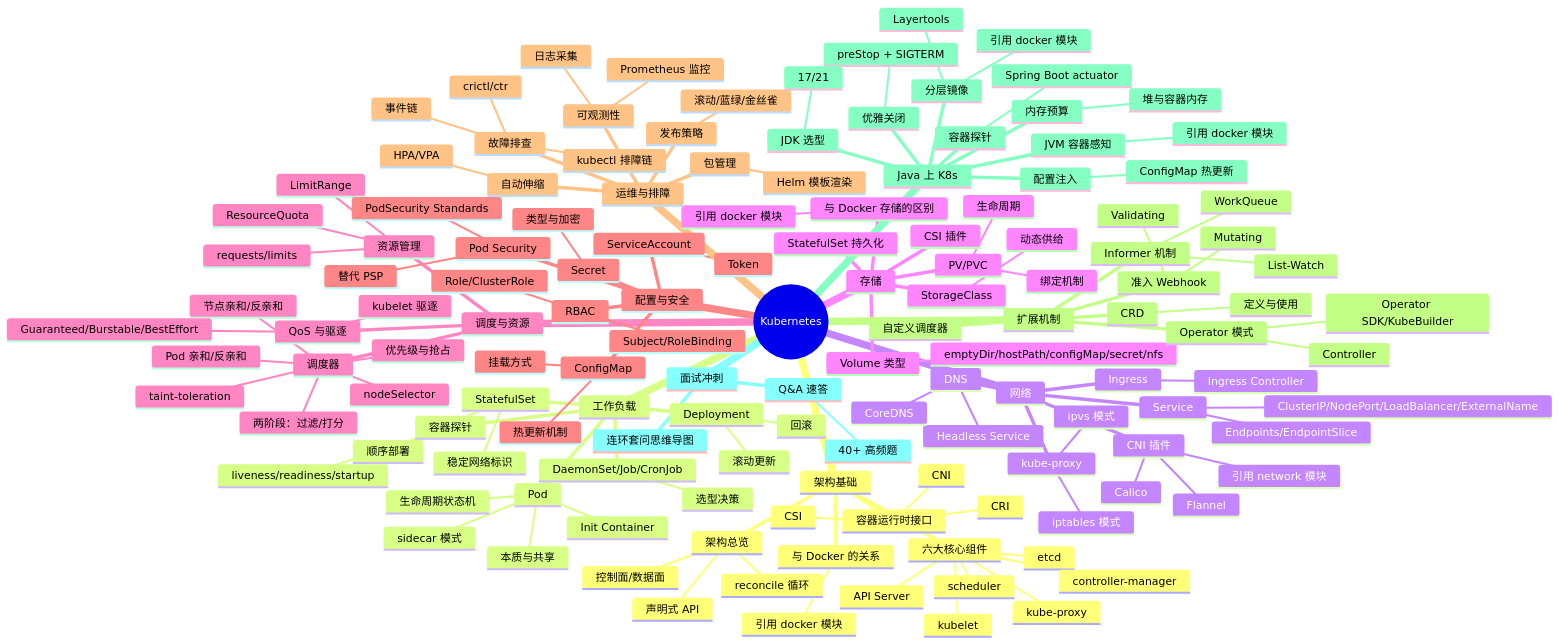
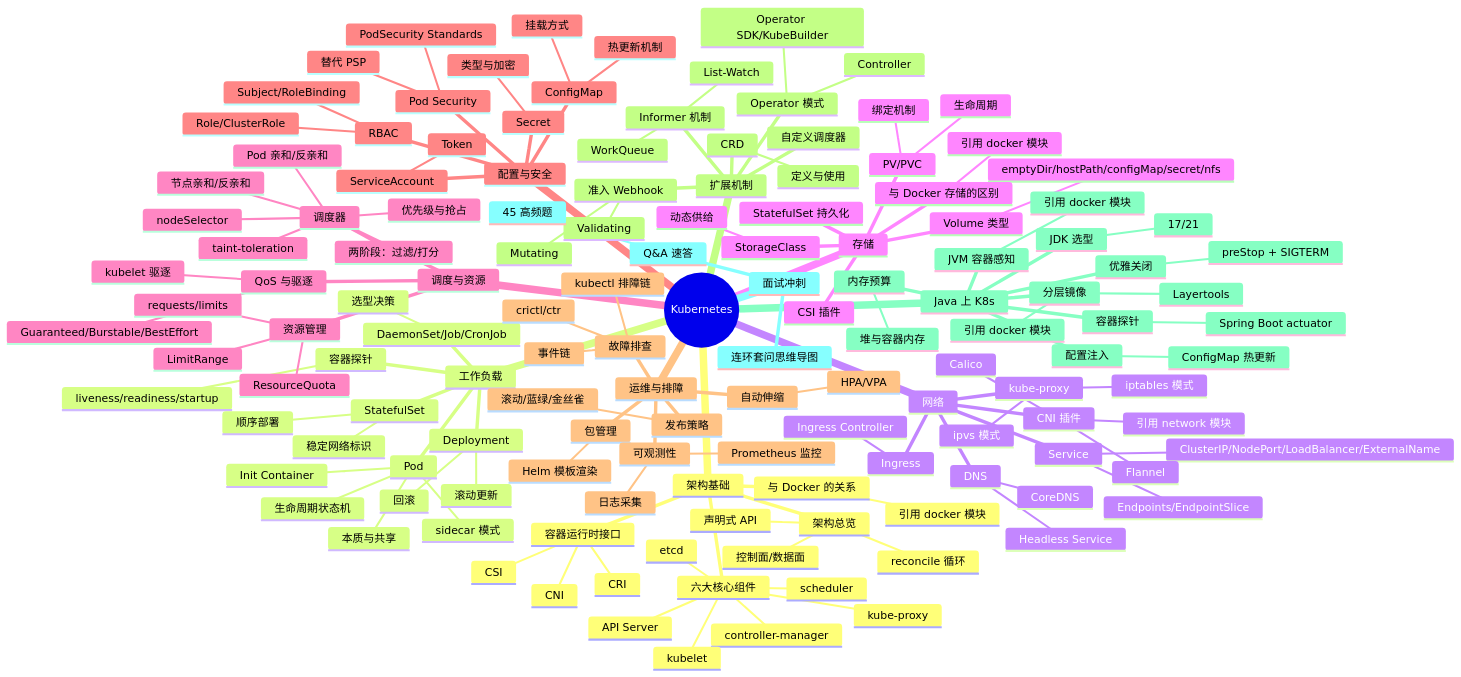
Before and after one commit to yintp/glory: the diagram in ops/k8s/README.md, drawn with Mermaid. The commit also changed other lines of this file and 1 other file, not shown here.

````diff
--- a/ops/k8s/README.md
+++ b/ops/k8s/README.md
@@ -152,6 +152,6 @@
         引用 docker 模块
     面试冲刺
       Q&A 速答
-        40+ 高频题
+        45 高频题
       连环套问思维导图
 ```
````
